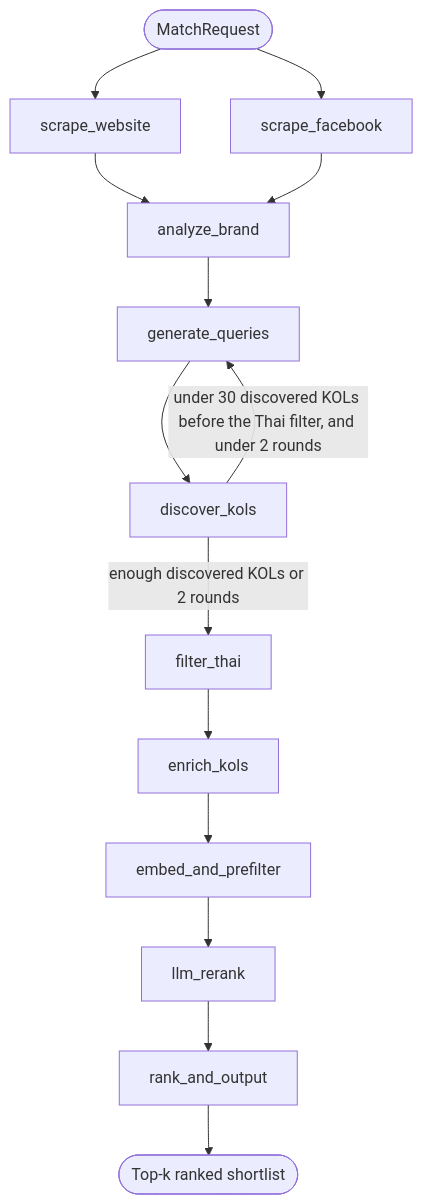
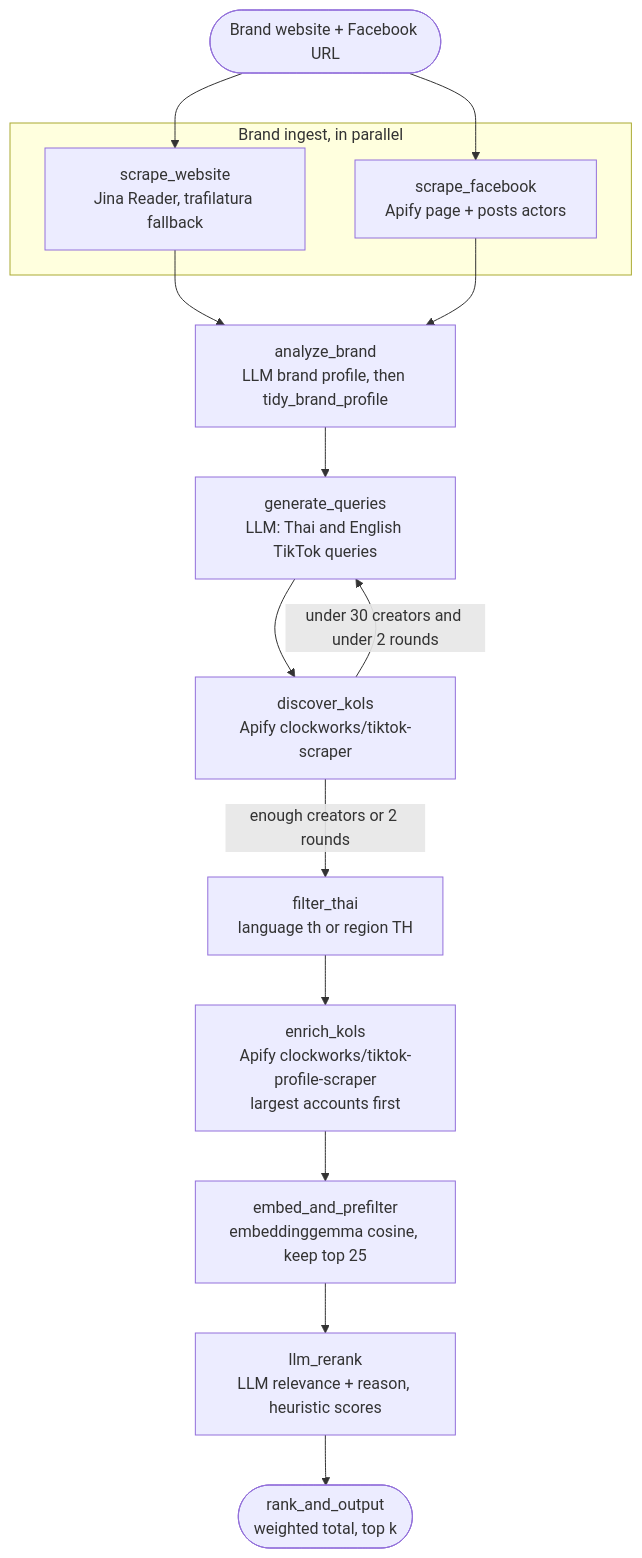
The first of 2 diagrams in README.md (Jamessurapat26/tiktok-kol-matcher), drawn with Mermaid before and after one commit. The commit also changed other lines of this file and 9 other files, not shown here.

Commit message:
Rewrite README with screenshots, architecture, and trade-offs (#10)

````diff
--- a/README.md
+++ b/README.md
@@ -27,16 +184,21 @@
 ```mermaid
 flowchart TD
-    START([MatchRequest]) --> W[scrape_website]
-    START --> F[scrape_facebook]
-    W --> A[analyze_brand]
+    REQ([Brand website + Facebook URL]) --> W
+    REQ --> F
+
+    subgraph ingest [Brand ingest, in parallel]
+        W["scrape_website<br/>Jina Reader, trafilatura fallback"]
+        F["scrape_facebook<br/>Apify page + posts actors"]
+    end
+
+    W --> A["analyze_brand<br/>LLM brand profile, then tidy_brand_profile"]
     F --> A
-    A --> G[generate_queries]
-    G --> D[discover_kols]
-    D -->|"under 30 discovered KOLs before the Thai filter, and under 2 rounds"| G
-    D -->|"enough discovered KOLs or 2 rounds"| T[filter_thai]
-    T --> E[enrich_kols]
-    E --> P[embed_and_prefilter]
-    P --> R[llm_rerank]
-    R --> O[rank_and_output]
-    O --> OUT([Top-k ranked shortlist])
+    A --> Q["generate_queries<br/>LLM: Thai and English TikTok queries"]
+    Q --> D["discover_kols<br/>Apify clockworks/tiktok-scraper"]
+    D -->|"under 30 creators and under 2 rounds"| Q
+    D -->|"enough creators or 2 rounds"| T["filter_thai<br/>language th or region TH"]
+    T --> E["enrich_kols<br/>Apify clockworks/tiktok-profile-scraper<br/>largest accounts first"]
+    E --> P["embed_and_prefilter<br/>embeddinggemma cosine, keep top 25"]
+    P --> R["llm_rerank<br/>LLM relevance + reason, heuristic scores"]
+    R --> O(["rank_and_output<br/>weighted total, top k"])
 ```
````
